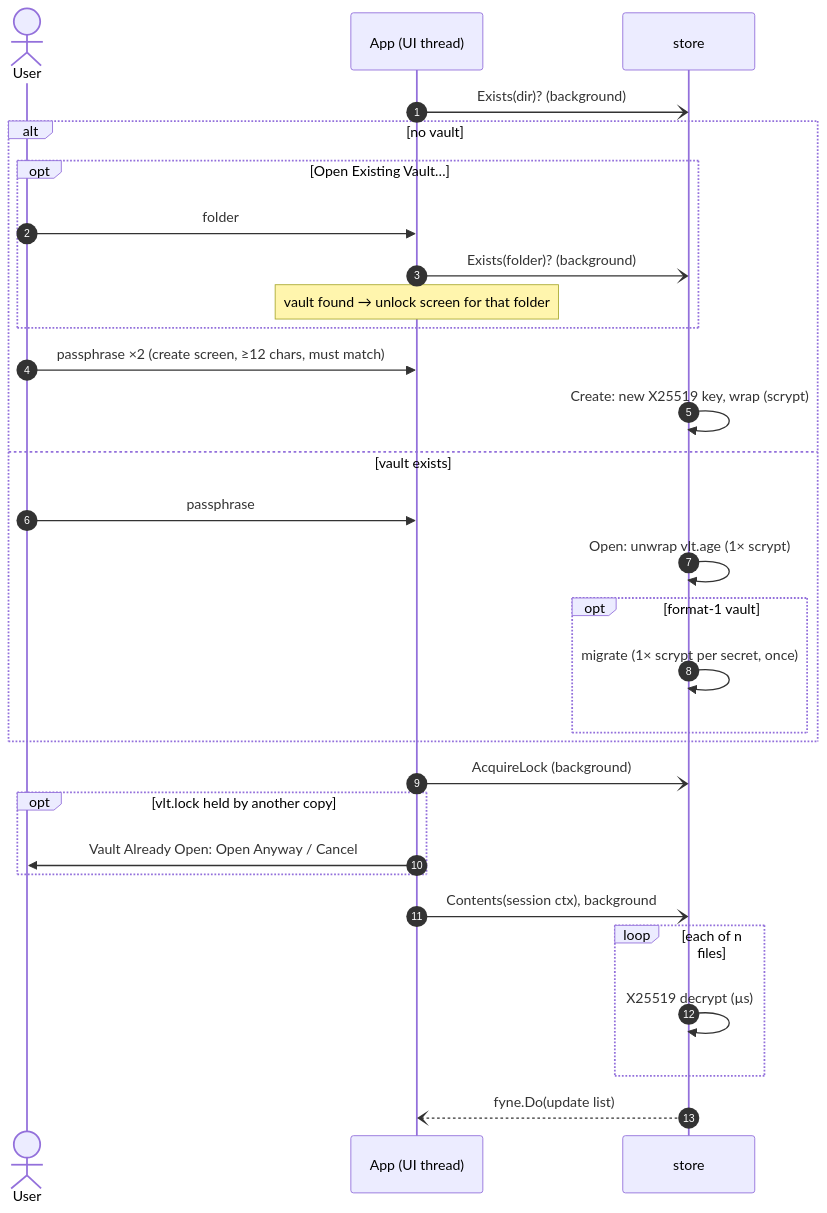
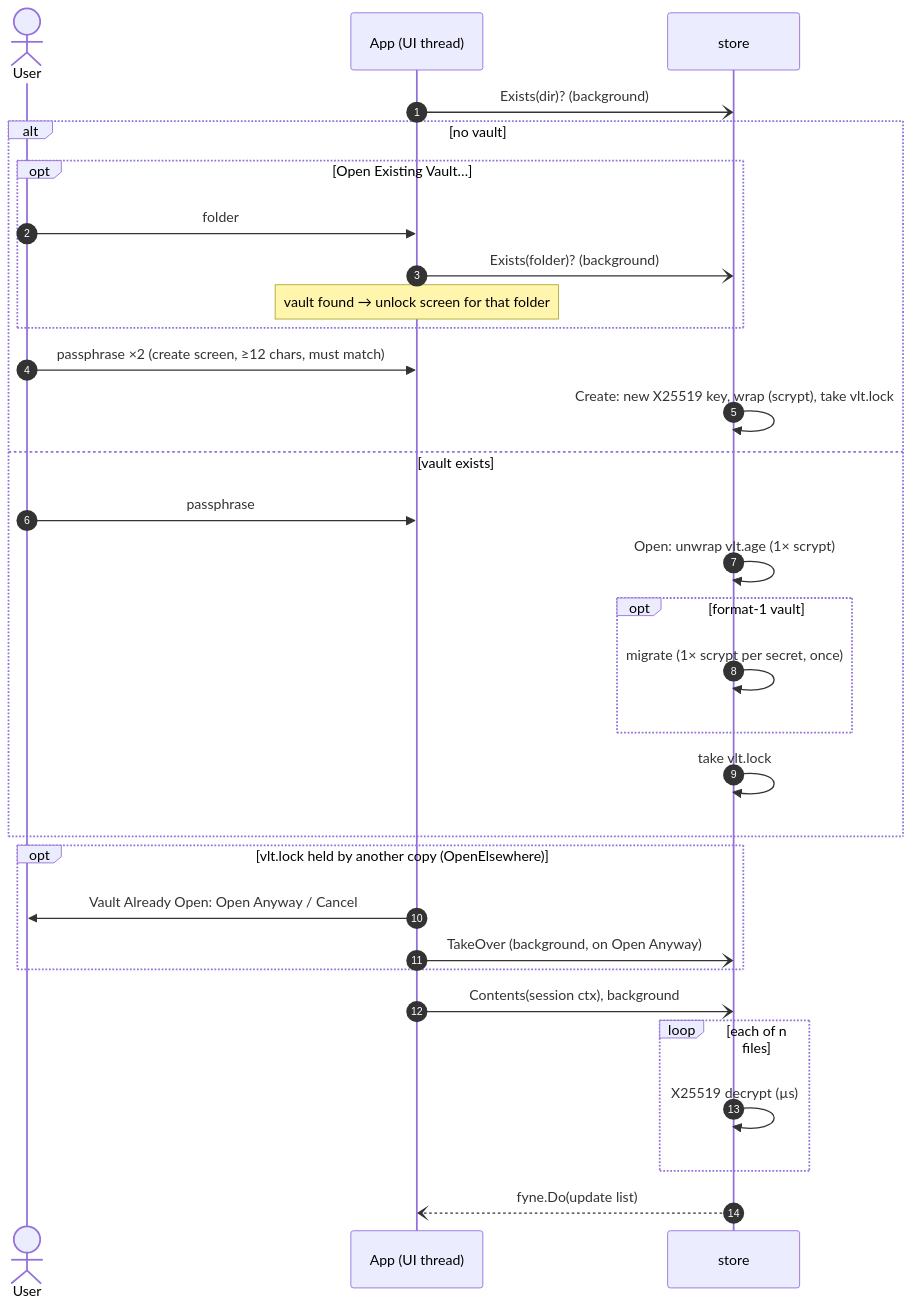
One commit to heyjdp/vlt changed the diagram in vault-vlt/Architecture/Unlock Flow.md. Above: the diagram before and after it, drawn with Mermaid. The commit also changed other lines of this file and 4 other files, not shown here.

````diff
--- a/vault-vlt/Architecture/Unlock Flow.md
+++ b/vault-vlt/Architecture/Unlock Flow.md
@@ -19,32 +19,33 @@
 ```mermaid
 sequenceDiagram
     autonumber
     actor User
     participant A as App (UI thread)
     participant S as store
     A-)S: Exists(dir)? (background)
     alt no vault
         opt Open Existing Vault…
             User->>A: folder
             A-)S: Exists(folder)? (background)
             Note over A: vault found → unlock screen for that folder
         end
         User->>A: passphrase ×2 (create screen, ≥12 chars, must match)
-        S->>S: Create: new X25519 key, wrap (scrypt)
+        S->>S: Create: new X25519 key, wrap (scrypt), take vlt.lock
     else vault exists
         User->>A: passphrase
         S->>S: Open: unwrap vlt.age (1× scrypt)
         opt format-1 vault
             S->>S: migrate (1× scrypt per secret, once)
         end
+        S->>S: take vlt.lock
     end
-    A-)S: AcquireLock (background)
-    opt vlt.lock held by another copy
+    opt vlt.lock held by another copy (OpenElsewhere)
         A->>User: Vault Already Open: Open Anyway / Cancel
+        A-)S: TakeOver (background, on Open Anyway)
     end
     A-)S: Contents(session ctx), background
     loop each of n files
         S->>S: X25519 decrypt (µs)
     end
     S--)A: fyne.Do(update list)
 ```
````
